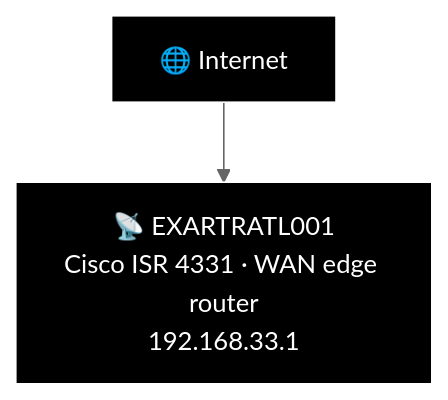
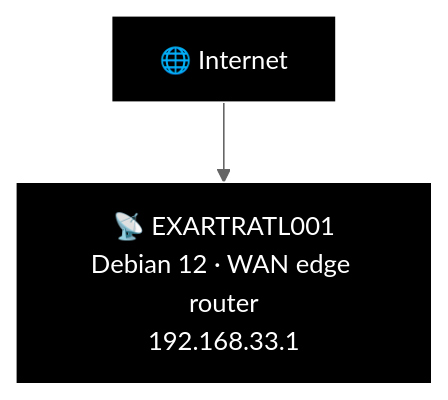
Before and after one commit to knightmare2600/example_music_infra: diagram 12 of 21 in docs/network-diagram/united-states.md, drawn with Mermaid (neutral theme). The commit also changed other lines of this file and 9 other files, not shown here.

````diff
--- a/docs/network-diagram/united-states.md
+++ b/docs/network-diagram/united-states.md
@@ -583,12 +583,12 @@
 ```mermaid
 %% GENERATED:OLDNETWORK:ATL:START
 %%{init: {'flowchart': {'curve': 'stepAfter'}}}%%
 graph TD
     O_INET["🌐 Internet"]
-    O_RTR["📡 EXARTRATL001<br/>Cisco ISR 4331 · WAN edge router<br/>192.168.33.1"]
+    O_RTR["📡 EXARTRATL001<br/>Debian 12 · WAN edge router<br/>192.168.33.1"]
     O_INET --> O_RTR
 
     style O_INET fill:#000000,stroke:#FFFFFF,color:#FFFFFF
     style O_RTR fill:#000000,stroke:#FFFFFF,color:#FFFFFF
 %% GENERATED:OLDNETWORK:ATL:END
 ```
````
